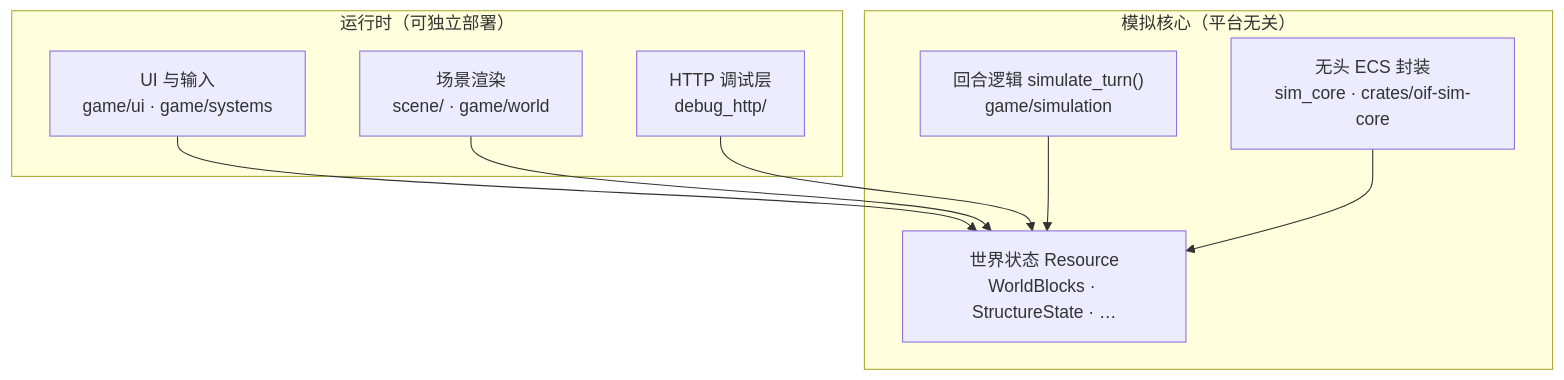
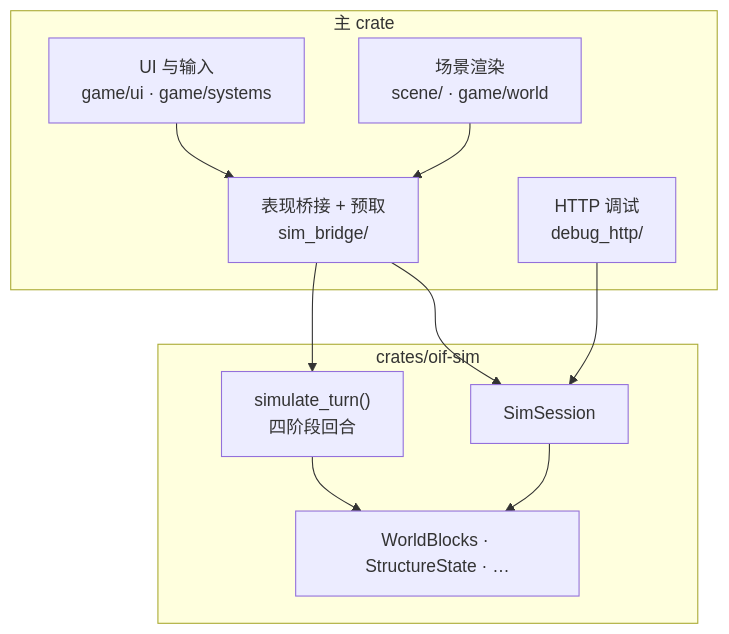
One commit to PlutoCRown/OpenInfiniFactory changed the diagram in README.md. Above: the diagram before and after it, drawn with Mermaid. The commit also changed other lines of this file and 286 other files, not shown here.

````diff
--- a/README.md
+++ b/README.md
@@ -61,20 +61,23 @@
 ```mermaid
 flowchart TB
-    subgraph runtime["运行时（可独立部署）"]
+    subgraph runtime["主 crate"]
         UI["UI 与输入<br/>game/ui · game/systems"]
         Render["场景渲染<br/>scene/ · game/world"]
-        HTTP["HTTP 调试层<br/>debug_http/"]
+        Bridge["表现桥接 + 预取<br/>sim_bridge/"]
+        HTTP["HTTP 调试<br/>debug_http/"]
     end
 
-    subgraph core["模拟核心（平台无关）"]
-        SimTurn["回合逻辑 simulate_turn()<br/>game/simulation"]
-        SimCore["无头 ECS 封装<br/>sim_core · crates/oif-sim-core"]
-        State["世界状态 Resource<br/>WorldBlocks · StructureState · …"]
+    subgraph core["crates/oif-sim"]
+        SimTurn["simulate_turn()<br/>四阶段回合"]
+        Session["SimSession"]
+        State["WorldBlocks · StructureState · …"]
     end
 
-    UI --> State
-    Render --> State
-    HTTP --> State
+    UI --> Bridge
+    Render --> Bridge
+    Bridge --> SimTurn
+    Bridge --> Session
+    HTTP --> Session
     SimTurn --> State
-    SimCore --> State
+    Session --> State
 ```
````
